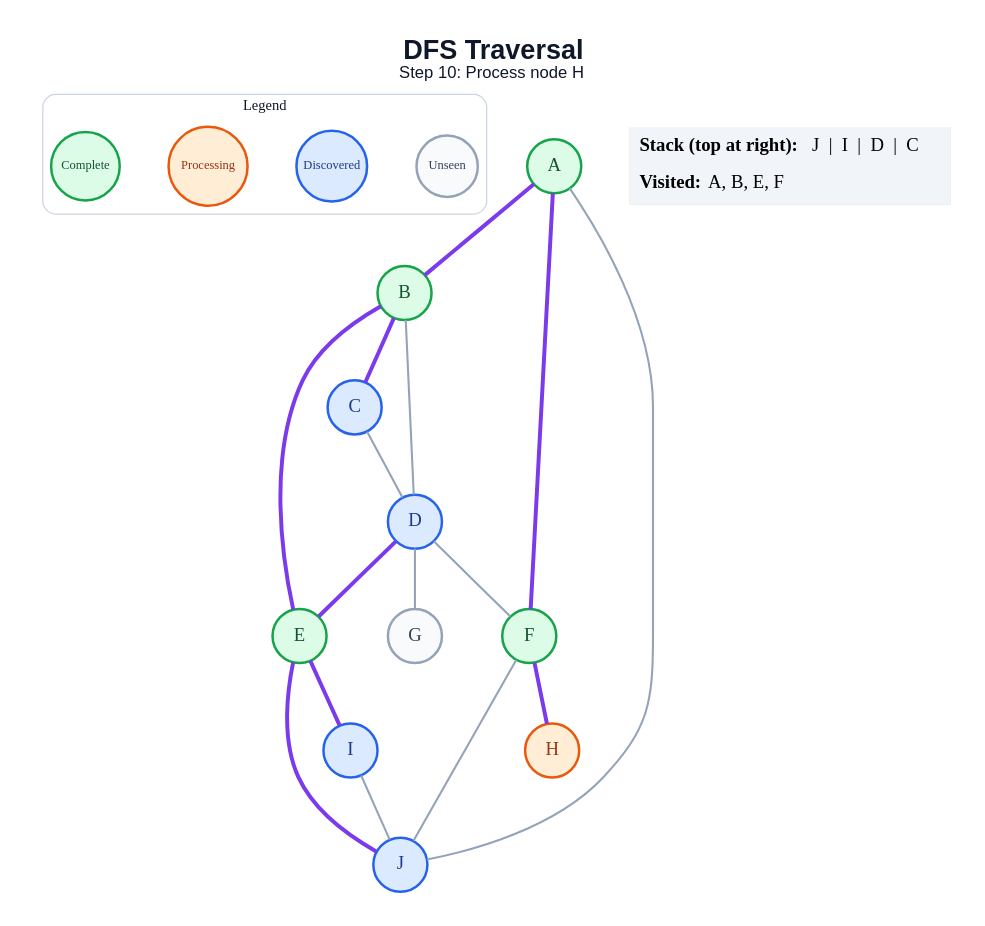
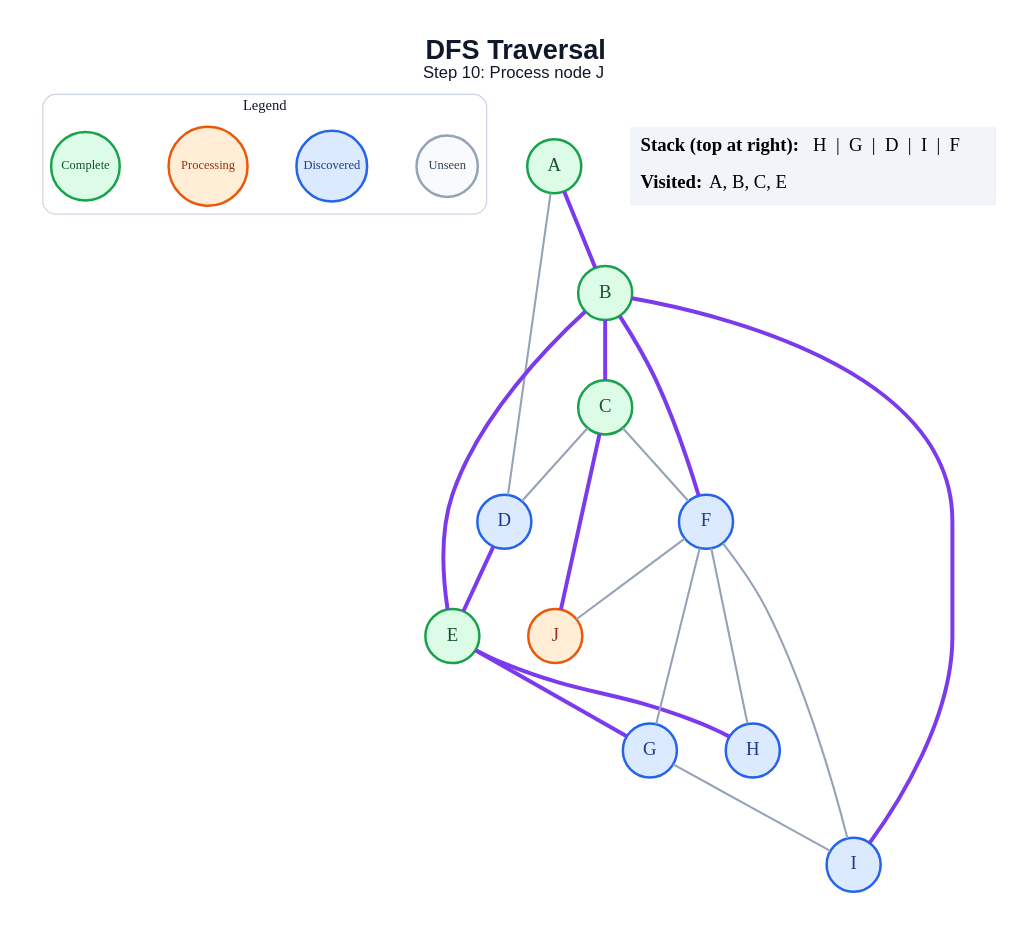
Before and after one commit to anon7238593-create/ai-slop: the diagram in generated/specific-node/dfs/step_10.dot, drawn with Graphviz. The commit also changed 178 other files, not shown here.

```diff
--- a/generated/specific-node/dfs/step_10.dot
+++ b/generated/specific-node/dfs/step_10.dot
@@ -1,44 +1,46 @@
 graph traversal {
   graph [layout=dot, rankdir=TB, bgcolor="#FFFFFF", pad="0.35", nodesep="0.65", ranksep="0.8", fontname="Arial"];
   node [shape=circle, style="filled", fontname="Arial Bold", fontsize=18, width=0.72, fixedsize=true, penwidth=2.4];
   edge [color="#94A3B8", penwidth=2.0];
-  label=<<B>DFS Traversal</B><BR/><FONT POINT-SIZE="16">Step 10: Process node H</FONT>>; labelloc="t"; fontsize=26; fontname="Arial"; fontcolor="#0F172A";
+  label=<<B>DFS Traversal</B><BR/><FONT POINT-SIZE="16">Step 10: Process node J</FONT>>; labelloc="t"; fontsize=26; fontname="Arial"; fontcolor="#0F172A";
   subgraph cluster_legend { label="Legend"; color="#CBD5E1"; penwidth=1.2; style="rounded"; fontsize=14; fontname="Arial Bold";
     key_unseen [label="Unseen", fillcolor="#F8FAFC", color="#94A3B8", fontcolor="#334155", fontsize=12, width=0.82];
     key_frontier [label="Discovered", fillcolor="#DBEAFE", color="#2563EB", fontcolor="#1E3A8A", fontsize=12, width=0.95];
     key_current [label="Processing", fillcolor="#FFEDD5", color="#EA580C", fontcolor="#9A3412", fontsize=12, width=1.05];
     key_done [label="Complete", fillcolor="#DCFCE7", color="#16A34A", fontcolor="#14532D", fontsize=12, width=0.92];
     { rank=same; key_unseen; key_frontier; key_current; key_done; }
   }
   A [fillcolor="#DCFCE7", color="#16A34A", fontcolor="#14532D"];
   B [fillcolor="#DCFCE7", color="#16A34A", fontcolor="#14532D"];
-  C [fillcolor="#DBEAFE", color="#2563EB", fontcolor="#1E3A8A"];
+  C [fillcolor="#DCFCE7", color="#16A34A", fontcolor="#14532D"];
   D [fillcolor="#DBEAFE", color="#2563EB", fontcolor="#1E3A8A"];
   E [fillcolor="#DCFCE7", color="#16A34A", fontcolor="#14532D"];
-  F [fillcolor="#DCFCE7", color="#16A34A", fontcolor="#14532D"];
-  G [fillcolor="#F8FAFC", color="#94A3B8", fontcolor="#334155"];
-  H [fillcolor="#FFEDD5", color="#EA580C", fontcolor="#9A3412"];
+  F [fillcolor="#DBEAFE", color="#2563EB", fontcolor="#1E3A8A"];
+  G [fillcolor="#DBEAFE", color="#2563EB", fontcolor="#1E3A8A"];
+  H [fillcolor="#DBEAFE", color="#2563EB", fontcolor="#1E3A8A"];
   I [fillcolor="#DBEAFE", color="#2563EB", fontcolor="#1E3A8A"];
-  J [fillcolor="#DBEAFE", color="#2563EB", fontcolor="#1E3A8A"];
+  J [fillcolor="#FFEDD5", color="#EA580C", fontcolor="#9A3412"];
   A -- B [color="#7C3AED", penwidth=3.8];
-  A -- F [color="#7C3AED", penwidth=3.8];
-  A -- J;
+  A -- D;
   B -- C [color="#7C3AED", penwidth=3.8];
-  B -- D;
   B -- E [color="#7C3AED", penwidth=3.8];
+  B -- F [color="#7C3AED", penwidth=3.8];
+  B -- I [color="#7C3AED", penwidth=3.8];
   C -- D;
+  C -- F;
+  C -- J [color="#7C3AED", penwidth=3.8];
   D -- E [color="#7C3AED", penwidth=3.8];
-  D -- F;
-  D -- G;
-  E -- I [color="#7C3AED", penwidth=3.8];
-  E -- J [color="#7C3AED", penwidth=3.8];
-  F -- H [color="#7C3AED", penwidth=3.8];
+  E -- G [color="#7C3AED", penwidth=3.8];
+  E -- H [color="#7C3AED", penwidth=3.8];
+  F -- G;
+  F -- H;
+  F -- I;
   F -- J;
-  I -- J;
+  G -- I;
   status [shape=plain, fixedsize=false, width=0, height=0, margin=0, label=<
     <TABLE BORDER="0" CELLBORDER="0" CELLPADDING="7" BGCOLOR="#F1F5F9">
-      <TR><TD ALIGN="LEFT"><B>Stack (top at right):</B> J  |  I  |  D  |  C</TD></TR>
-      <TR><TD ALIGN="LEFT"><B>Visited:</B> A, B, E, F</TD></TR>
+      <TR><TD ALIGN="LEFT"><B>Stack (top at right):</B> H  |  G  |  D  |  I  |  F</TD></TR>
+      <TR><TD ALIGN="LEFT"><B>Visited:</B> A, B, C, E</TD></TR>
     </TABLE>
   >];
 }
```
